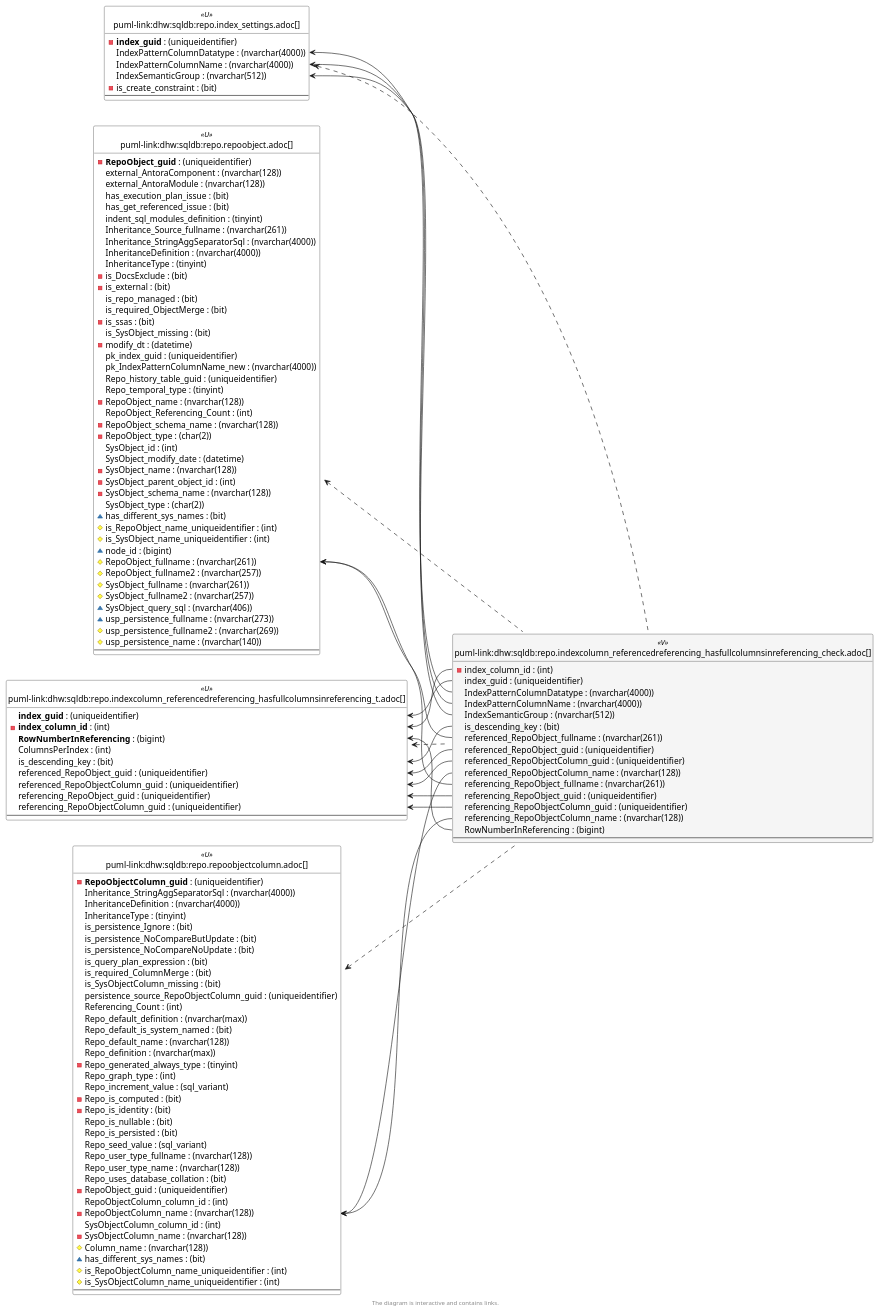
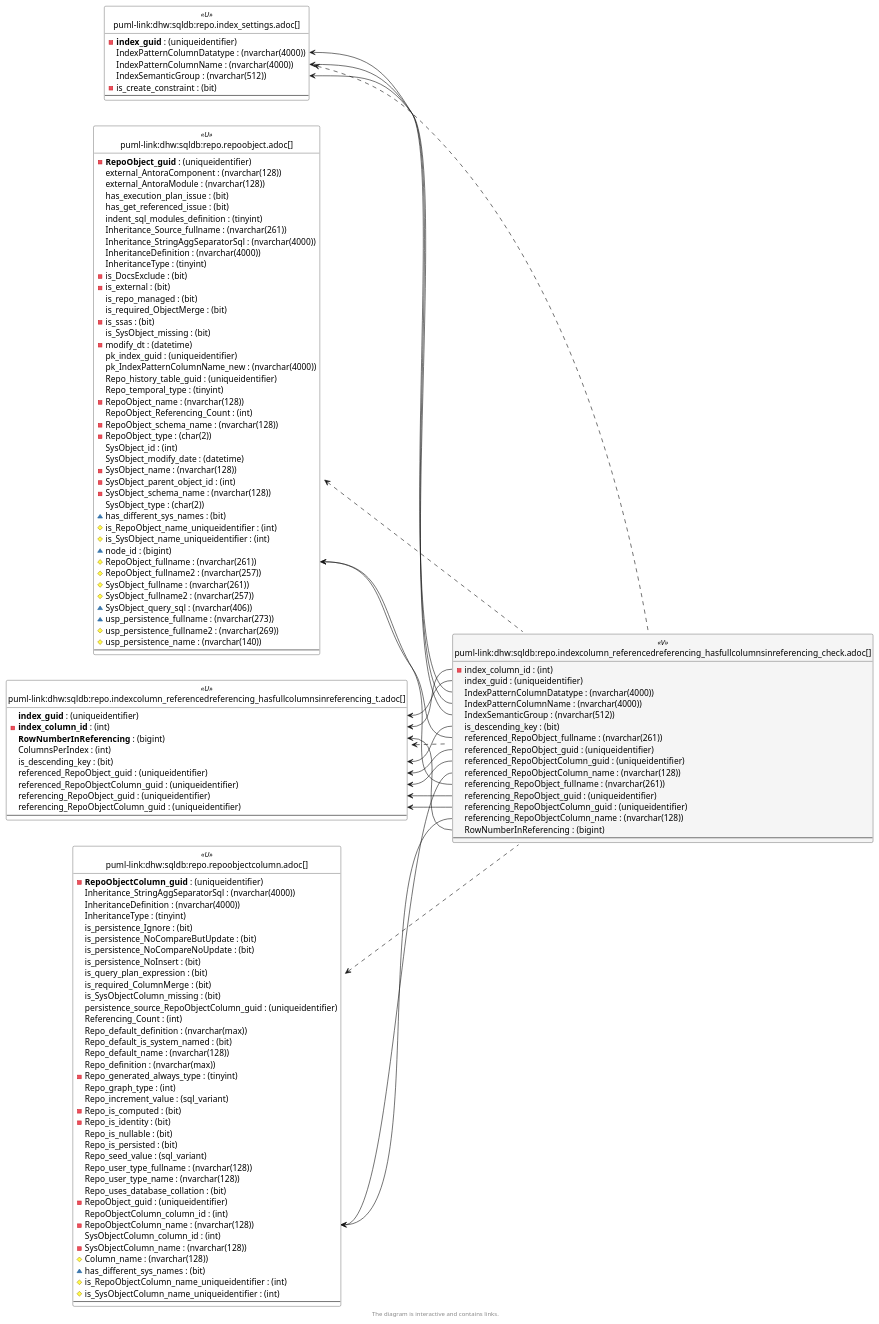
One commit to DataHandwerk/dhw-antora-sqldb changed the sixth of 6 diagrams in docs/modules/sqldb/partials/content/repo.indexcolumn_referencedreferencing_hasfullcolumnsinreferencing_check.adoc. Above: the diagram before and after it, drawn with PlantUML. The commit also changed 701 other files, not shown here.

```diff
--- a/docs/modules/sqldb/partials/content/repo.indexcolumn_referencedreferencing_hasfullcolumnsinreferencing_check.adoc
+++ b/docs/modules/sqldb/partials/content/repo.indexcolumn_referencedreferencing_hasfullcolumnsinreferencing_check.adoc
@@ -2343,6 +2343,7 @@
   is_persistence_Ignore : (bit)
   is_persistence_NoCompareButUpdate : (bit)
   is_persistence_NoCompareNoUpdate : (bit)
+  is_persistence_NoInsert : (bit)
   is_query_plan_expression : (bit)
   is_required_ColumnMerge : (bit)
   is_SysObjectColumn_missing : (bit)
@@ -2392,8 +2393,8 @@
 "repo.IndexColumn_ReferencedReferencing_HasFullColumnsInReferencing_T::RowNumberInReferencing" <-- "repo.IndexColumn_ReferencedReferencing_HasFullColumnsInReferencing_check::RowNumberInReferencing"
 "repo.RepoObject::RepoObject_fullname" <-- "repo.IndexColumn_ReferencedReferencing_HasFullColumnsInReferencing_check::referenced_RepoObject_fullname"
 "repo.RepoObject::RepoObject_fullname" <-- "repo.IndexColumn_ReferencedReferencing_HasFullColumnsInReferencing_check::referencing_RepoObject_fullname"
+"repo.RepoObjectColumn::RepoObjectColumn_name" <-- "repo.IndexColumn_ReferencedReferencing_HasFullColumnsInReferencing_check::referenced_RepoObjectColumn_name"
 "repo.RepoObjectColumn::RepoObjectColumn_name" <-- "repo.IndexColumn_ReferencedReferencing_HasFullColumnsInReferencing_check::referencing_RepoObjectColumn_name"
-"repo.RepoObjectColumn::RepoObjectColumn_name" <-- "repo.IndexColumn_ReferencedReferencing_HasFullColumnsInReferencing_check::referenced_RepoObjectColumn_name"
 
 footer The diagram is interactive and contains links.
 
```
